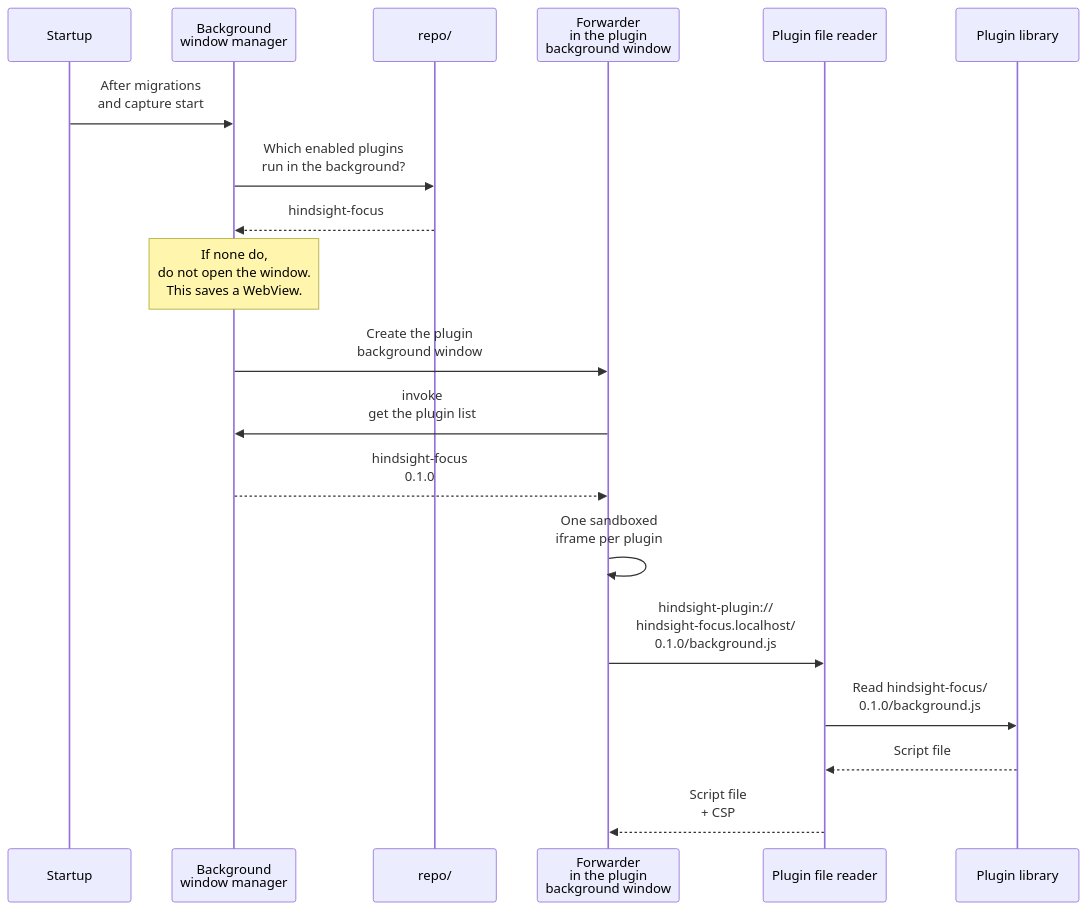
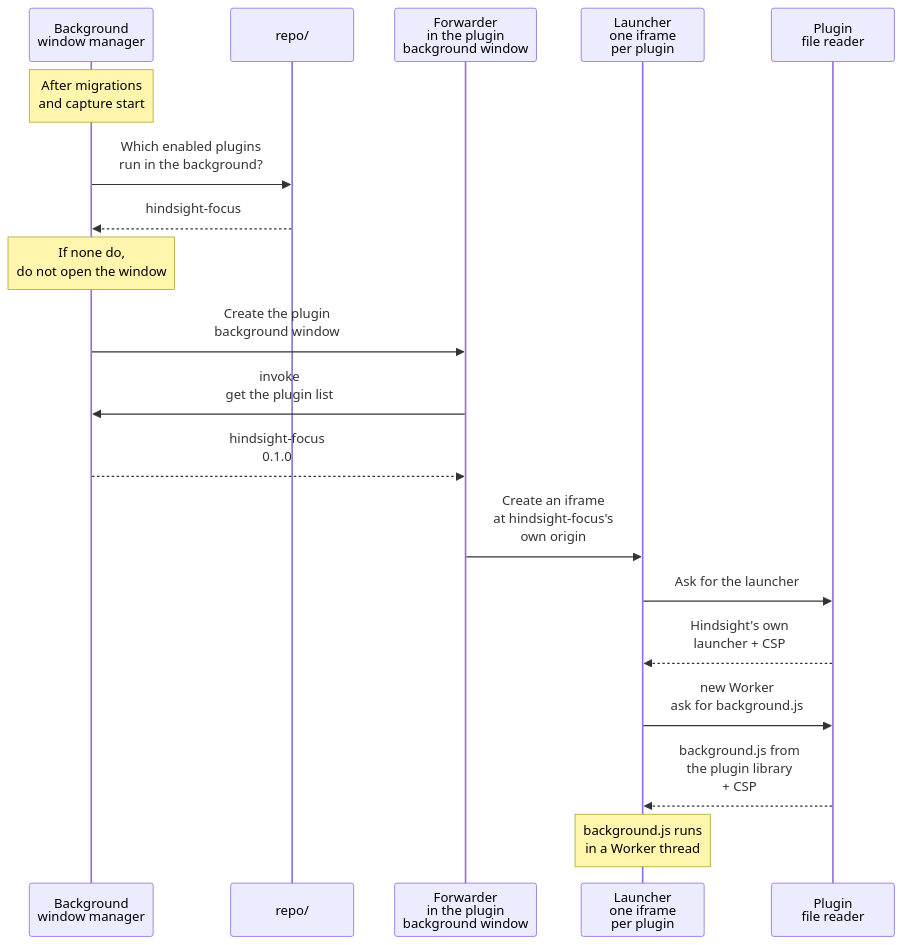
Before and after one commit to Tomotsugu-dev/Hindsight: the second of 2 diagrams in docs/design/plugins/en/runtime.md, drawn with Mermaid. The commit also changed other lines of this file and 7 other files, not shown here.

First line of the commit message:
docs(plugins): run background scripts in Workers started by a launcher

````diff
--- a/docs/design/plugins/en/runtime.md
+++ b/docs/design/plugins/en/runtime.md
@@ -10,21 +35,21 @@
 ```mermaid
 sequenceDiagram
-  participant S as Startup
   participant M as Background<br/>window manager
   participant R as repo/
   participant H as Forwarder<br/>in the plugin<br/>background window
-  participant F as Plugin file reader
-  participant D as Plugin library
-  S->>M: After migrations<br/>and capture start
+  participant L as Launcher<br/>one iframe<br/>per plugin
+  participant F as Plugin<br/>file reader
+  Note over M: After migrations<br/>and capture start
   M->>R: Which enabled plugins<br/>run in the background?
   R-->>M: hindsight-focus
-  Note over M: If none do,<br/>do not open the window.<br/>This saves a WebView.
+  Note over M: If none do,<br/>do not open the window
   M->>H: Create the plugin<br/>background window
   H->>M: invoke<br/>get the plugin list
   M-->>H: hindsight-focus<br/>0.1.0
-  H->>H: One sandboxed<br/>iframe per plugin
-  H->>F: hindsight-plugin://<br/>hindsight-focus.localhost/<br/>0.1.0/background.js
-  F->>D: Read hindsight-focus/<br/>0.1.0/background.js
-  D-->>F: Script file
-  F-->>H: Script file<br/>+ CSP
+  H->>L: Create an iframe<br/>at hindsight-focus's<br/>own origin
+  L->>F: Ask for the launcher
+  F-->>L: Hindsight's own<br/>launcher + CSP
+  L->>F: new Worker<br/>ask for background.js
+  F-->>L: background.js from<br/>the plugin library<br/>+ CSP
+  Note over L: background.js runs<br/>in a Worker thread
 ```
````
